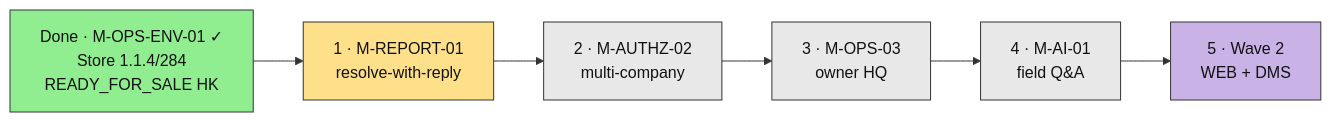
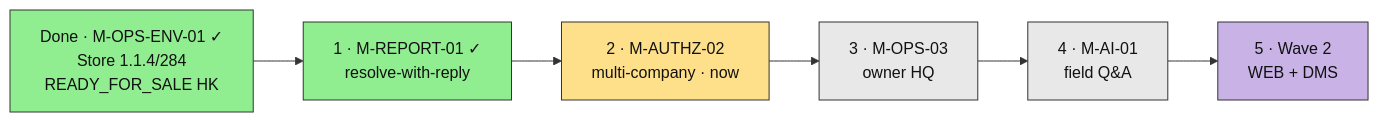
The first of 3 diagrams in documentation/ROADMAP.md (insitetechltd/buildtrack), drawn with Mermaid before and after one commit. The commit also changed other lines of this file and 3 other files, not shown here.

First line of the commit message:
docs(report): close M-REPORT-01 and keep the multi-company close rule

````diff
--- a/documentation/ROADMAP.md
+++ b/documentation/ROADMAP.md
@@ -27,22 +27,22 @@
 ```mermaid
 flowchart LR
   DONE["Done · M-OPS-ENV-01 ✓<br/>Store 1.1.4/284<br/>READY_FOR_SALE HK"]
-  REPORT["1 · M-REPORT-01<br/>resolve-with-reply"]
-  AUTHZ02["2 · M-AUTHZ-02<br/>multi-company"]
+  REPORT["1 · M-REPORT-01 ✓<br/>resolve-with-reply"]
+  AUTHZ02["2 · M-AUTHZ-02<br/>multi-company · now"]
   OPS03["3 · M-OPS-03<br/>owner HQ"]
   AI01["4 · M-AI-01<br/>field Q&A"]
   WAVE2["5 · Wave 2<br/>WEB + DMS"]
 
   DONE --> REPORT
   REPORT --> AUTHZ02
   AUTHZ02 --> OPS03
   OPS03 --> AI01
   AI01 --> WAVE2
 
   style DONE fill:#90ee90,stroke:#333,color:#111
-  style REPORT fill:#ffe08a,stroke:#333,color:#111
-  style AUTHZ02 fill:#e8e8e8,stroke:#333,color:#111
+  style REPORT fill:#90ee90,stroke:#333,color:#111
+  style AUTHZ02 fill:#ffe08a,stroke:#333,color:#111
   style OPS03 fill:#e8e8e8,stroke:#333,color:#111
   style AI01 fill:#e8e8e8,stroke:#333,color:#111
   style WAVE2 fill:#c9b3e6,stroke:#333,color:#111
 ```
````
